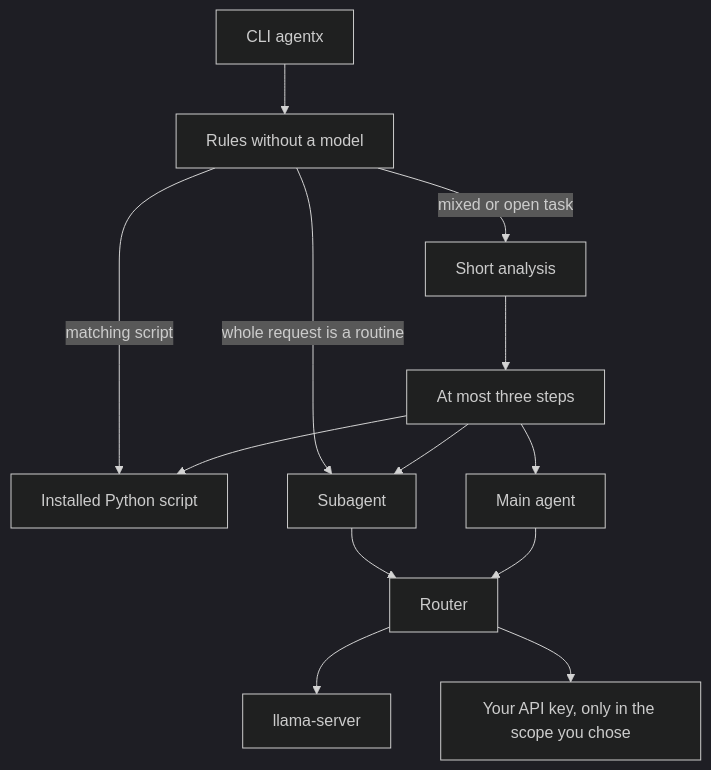
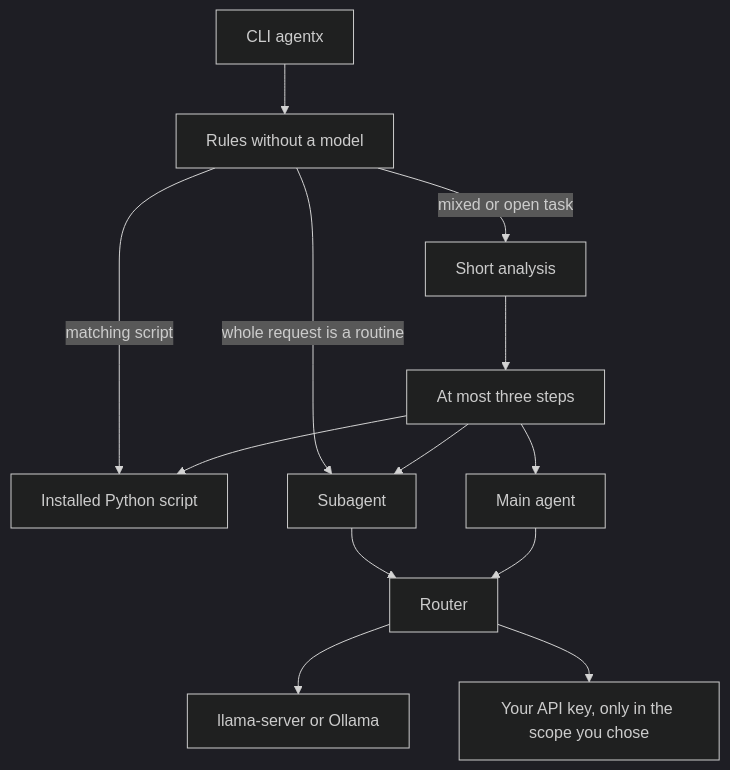
One commit to JoaoPHS/AgentX changed the diagram in README.md. Above: the diagram before and after it, drawn with Mermaid (dark theme). The commit also changed other lines of this file and 15 other files, not shown here.

First line of the commit message:
Let a cloud-only session skip the local GGUF, send any remote model id, and talk to Ollama.

````diff
--- a/README.md
+++ b/README.md
@@ -27,15 +38,15 @@
 ```mermaid
 flowchart TD
   cli[CLI agentx] --> rules[Rules without a model]
   rules -->|matching script| phoneScript[Installed Python script]
   rules -->|whole request is a routine| routine[Subagent]
   rules -->|mixed or open task| analyze[Short analysis]
   analyze --> plan[At most three steps]
   plan --> phoneScript
   plan --> routine
   plan --> mainAgent[Main agent]
   routine --> router[Router]
   mainAgent --> router
-  router --> local[llama-server]
+  router --> local[llama-server or Ollama]
   router --> remote[Your API key, only in the scope you chose]
 ```
````
